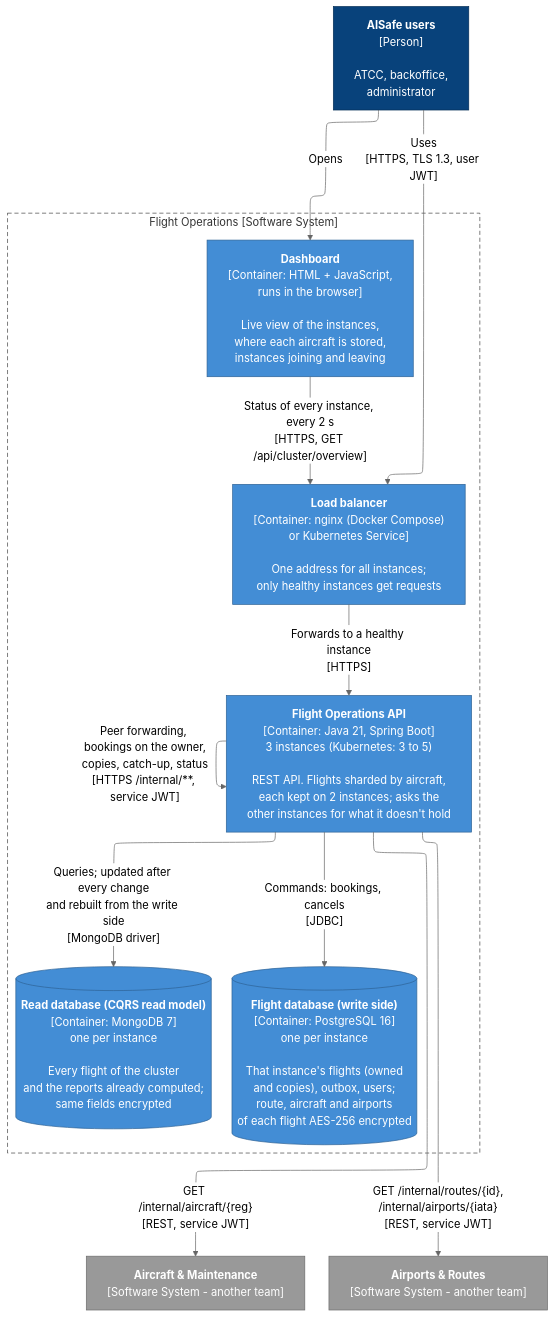
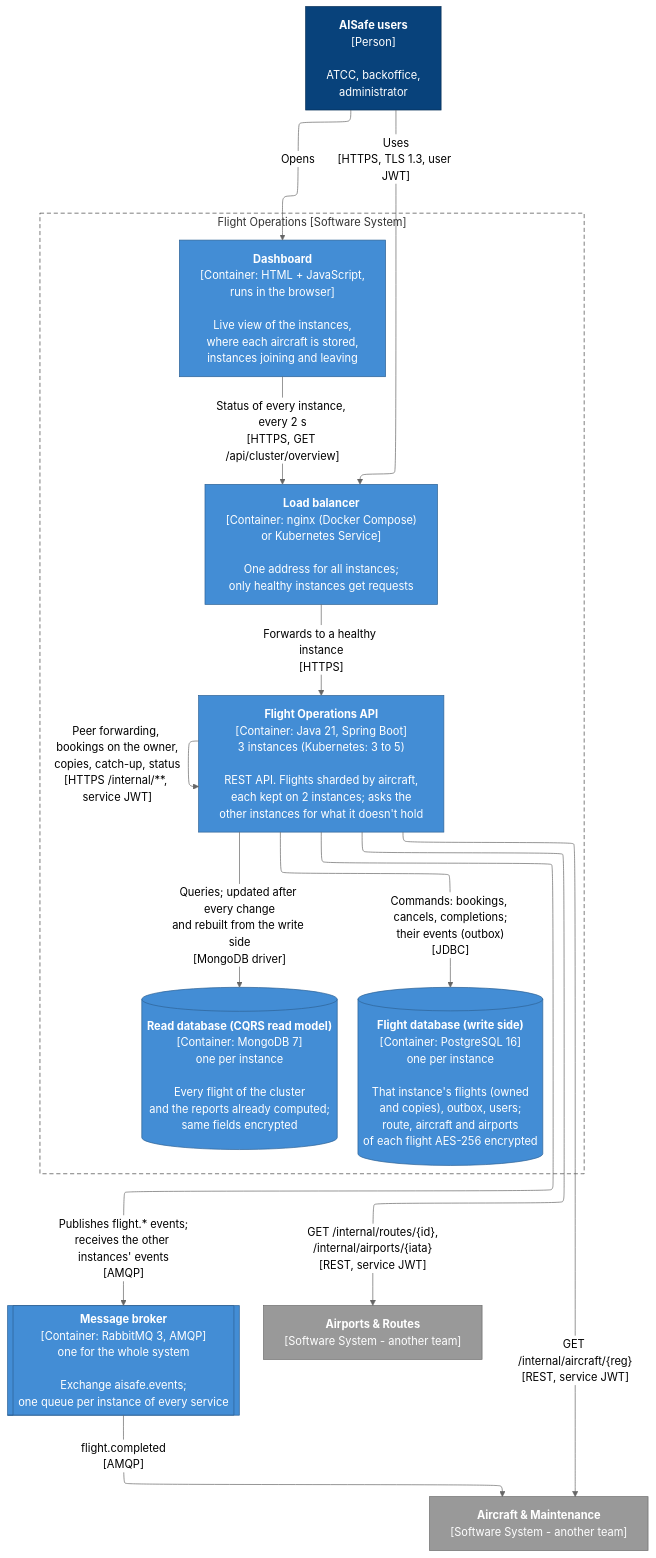
Before and after one commit to ImJay1527/flight-operations-service: the diagram in docs/c4/2-containers.mmd, drawn with Mermaid (neutral theme). The commit also changed 52 other files, not shown here.

First line of the commit message:
RabbitMQ: flight events through the broker

```diff
--- a/docs/c4/2-containers.mmd
+++ b/docs/c4/2-containers.mmd
@@ -1,39 +1,43 @@
 ---
 config:
   layout: elk
   flowchart:
     wrappingWidth: 400
 ---
 %% C4 Level 2 - Containers of Flight Operations: the separately deployable parts and how they talk
 flowchart TB
     users["<b>AISafe users</b><br/>[Person]<br/><br/>ATCC, backoffice,<br/>administrator"]
 
     subgraph FO["Flight Operations [Software System]"]
         direction TB
         dash["<b>Dashboard</b><br/>[Container: HTML + JavaScript,<br/>runs in the browser]<br/><br/>Live view of the instances,<br/>where each aircraft is stored,<br/>instances joining and leaving"]
         lb["<b>Load balancer</b><br/>[Container: nginx (Docker Compose)<br/>or Kubernetes Service]<br/><br/>One address for all instances;<br/>only healthy instances get requests"]
         api["<b>Flight Operations API</b><br/>[Container: Java 21, Spring Boot]<br/>3 instances (Kubernetes: 3 to 5)<br/><br/>REST API. Flights sharded by aircraft,<br/>each kept on 2 instances; asks the<br/>other instances for what it doesn't hold"]
         db[("<b>Flight database (write side)</b><br/>[Container: PostgreSQL 16]<br/>one per instance<br/><br/>That instance's flights (owned<br/>and copies), outbox, users;<br/>route, aircraft and airports<br/>of each flight AES-256 encrypted")]
         rdb[("<b>Read database (CQRS read model)</b><br/>[Container: MongoDB 7]<br/>one per instance<br/><br/>Every flight of the cluster<br/>and the reports already computed;<br/>same fields encrypted")]
     end
 
+    mq[["<b>Message broker</b><br/>[Container: RabbitMQ 3, AMQP]<br/>one for the whole system<br/><br/>Exchange aisafe.events;<br/>one queue per instance of every service"]]
     am["<b>Aircraft & Maintenance</b><br/>[Software System - another team]"]
     ar["<b>Airports & Routes</b><br/>[Software System - another team]"]
 
     users -->|"Uses<br/>[HTTPS, TLS 1.3, user JWT]"| lb
     users -->|"Opens"| dash
     dash -->|"Status of every instance, every 2 s<br/>[HTTPS, GET /api/cluster/overview]"| lb
     lb -->|"Forwards to a healthy instance<br/>[HTTPS]"| api
-    api -->|"Commands: bookings, cancels<br/>[JDBC]"| db
+    api -->|"Commands: bookings, cancels, completions;<br/>their events (outbox)<br/>[JDBC]"| db
     api -->|"Queries; updated after every change<br/>and rebuilt from the write side<br/>[MongoDB driver]"| rdb
+    api -->|"Publishes flight.* events;<br/>receives the other instances' events<br/>[AMQP]"| mq
+    mq -->|"flight.completed<br/>[AMQP]"| am
     api -->|"Peer forwarding, bookings on the owner,<br/>copies, catch-up, status<br/>[HTTPS /internal/**, service JWT]"| api
     api -->|"GET /internal/aircraft/{reg}<br/>[REST, service JWT]"| am
     api -->|"GET /internal/routes/{id},<br/>/internal/airports/{iata}<br/>[REST, service JWT]"| ar
 
     classDef person fill:#08427b,stroke:#052e56,color:#ffffff
     classDef container fill:#438dd5,stroke:#2e6295,color:#ffffff
     classDef external fill:#999999,stroke:#6b6b6b,color:#ffffff
     class users person
     class dash,lb,api,db,rdb container
     class am,ar external
+    class mq container
     style FO fill:none,stroke:#444444,stroke-dasharray:6 4
```
